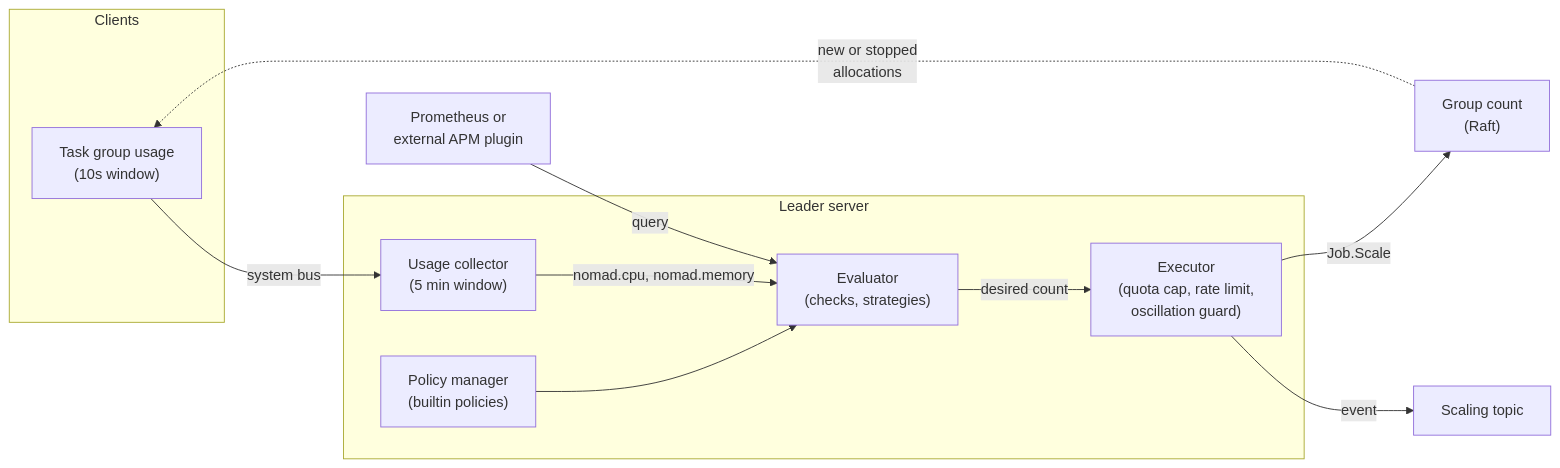
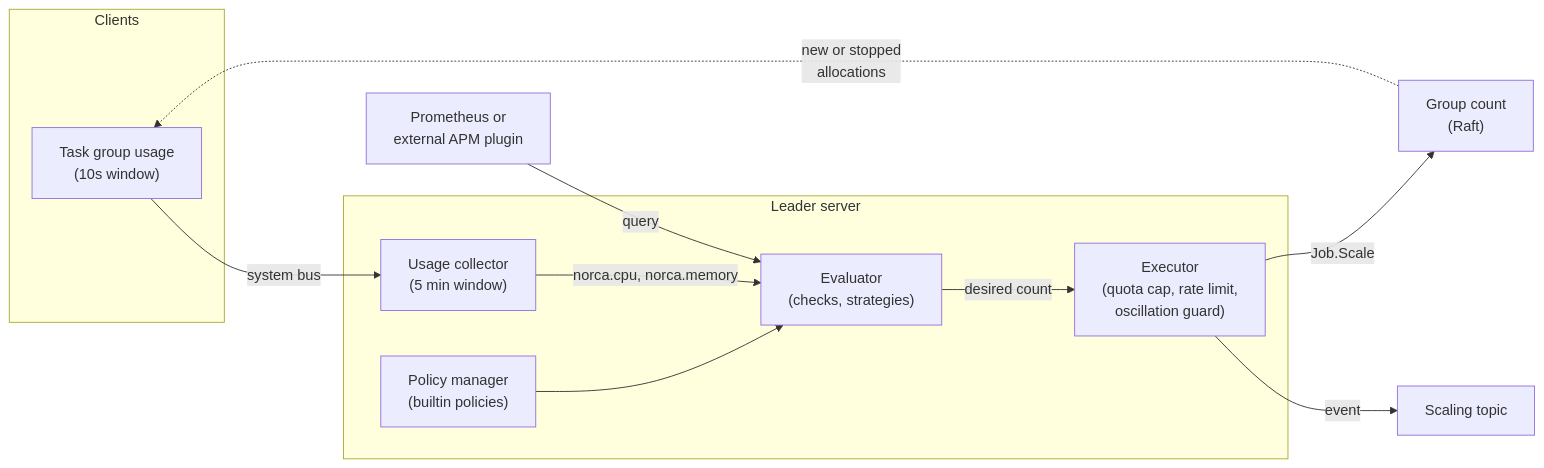
The first of 3 diagrams in content/docs/features/autoscaler/_index.md (bacanoo-io/norca-doc), drawn with Mermaid before and after one commit. The commit also changed other lines of this file and 9 other files, not shown here.

First line of the commit message:
docs: the built-in autoscaler metrics are norca.cpu, norca.memory, norca.cpu_mhz and norca.memory_mb

````diff
--- a/content/docs/features/autoscaler/_index.md
+++ b/content/docs/features/autoscaler/_index.md
@@ -41,21 +41,21 @@
 ```mermaid
 flowchart LR
   subgraph clients["Clients"]
     CU["Task group usage<br/>(10s window)"]
   end
   subgraph leader["Leader server"]
     PM["Policy manager<br/>(builtin policies)"]
     UC["Usage collector<br/>(5 min window)"]
     EV["Evaluator<br/>(checks, strategies)"]
     EX["Executor<br/>(quota cap, rate limit,<br/>oscillation guard)"]
   end
   PR["Prometheus or<br/>external APM plugin"]
   CU -- "system bus" --> UC
   PM --> EV
-  UC -- "nomad.cpu, nomad.memory" --> EV
+  UC -- "norca.cpu, norca.memory" --> EV
   PR -- "query" --> EV
   EV -- "desired count" --> EX
   EX -- "Job.Scale" --> JC["Group count<br/>(Raft)"]
   EX -- "event" --> ST["Scaling topic"]
   JC -. "new or stopped<br/>allocations" .-> CU
 ```
````
